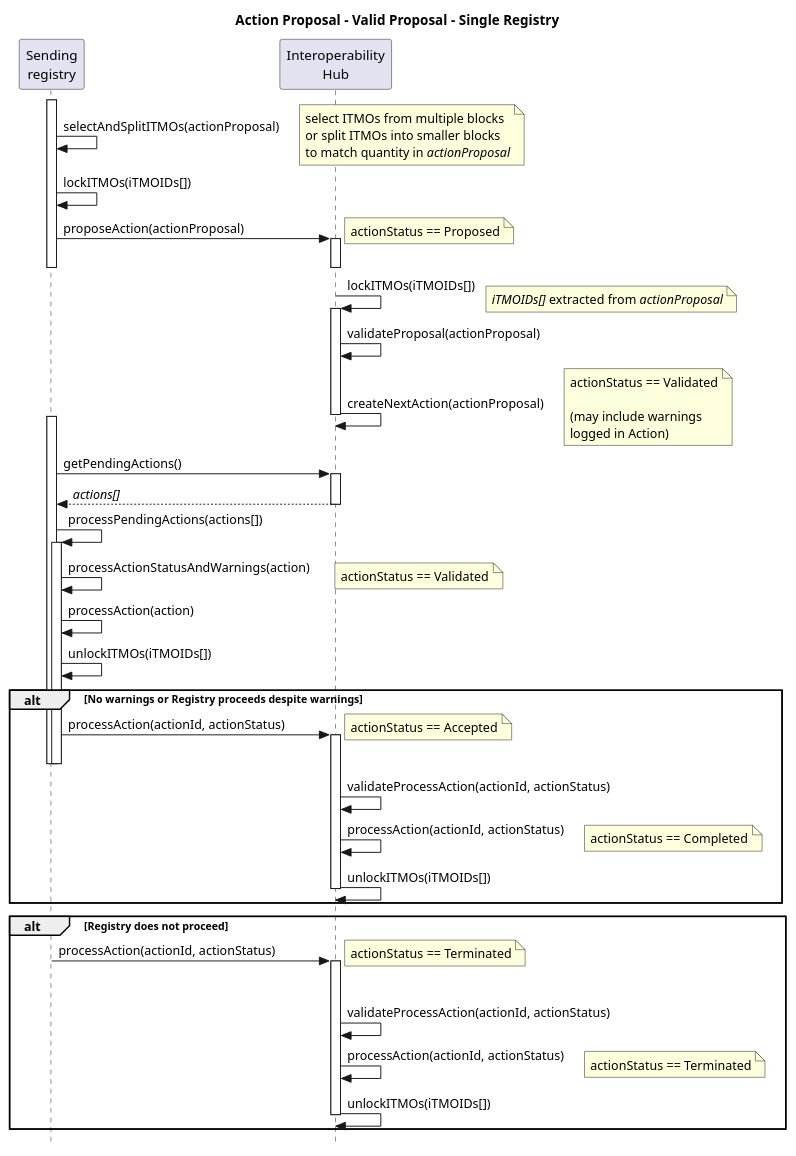
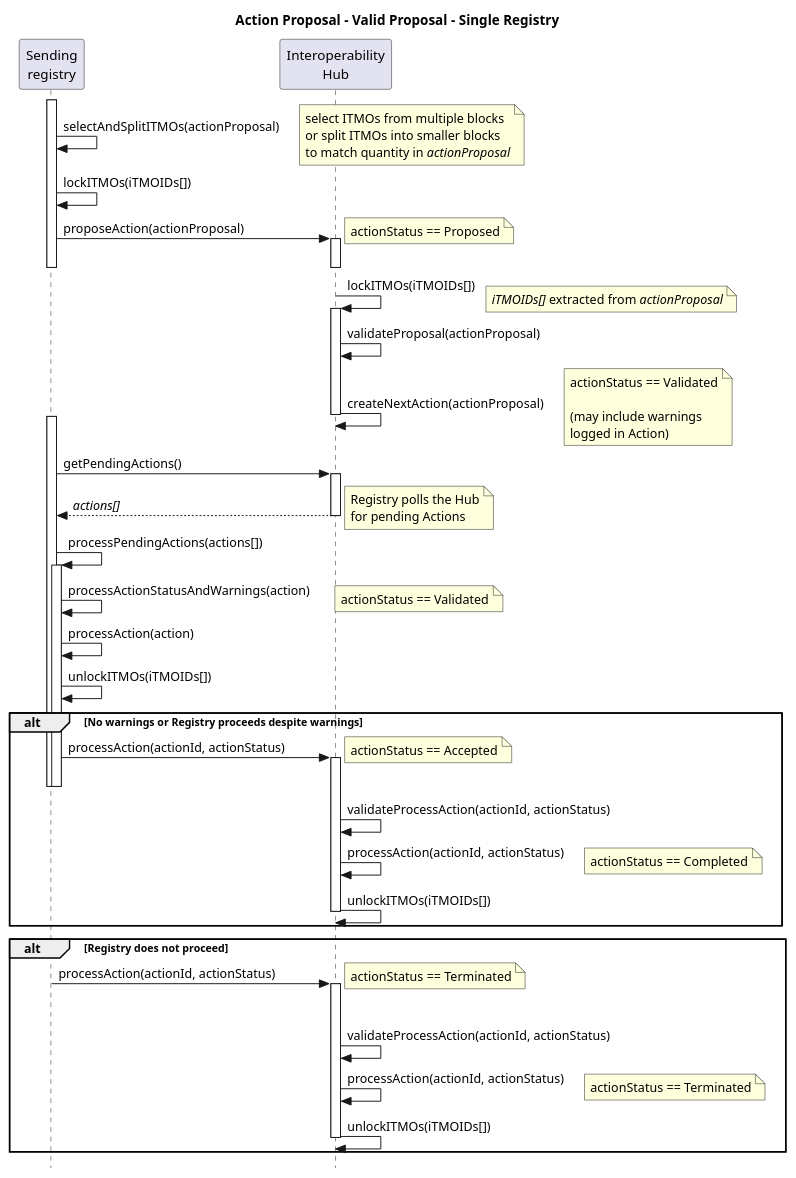
The diagram in diagrams/actionProposal_Valid_SingleReg_Sequence.puml (frankcnng/CARP), drawn with PlantUML before and after one commit.

```diff
--- a/diagrams/actionProposal_Valid_SingleReg_Sequence.puml
+++ b/diagrams/actionProposal_Valid_SingleReg_Sequence.puml
@@ -1,66 +1,67 @@
 @startuml actionProposal_Valid_SingleReg_Sequence
 
 title Action Proposal - Valid Proposal - Single Registry
 
 skinparam style strictuml
 
 participant "Sending\nregistry" as Sender
 participant "Interoperability\nHub" as Hub
 
 activate Sender
 Sender -> Sender: selectAndSplitITMOs(actionProposal)
 note right: select ITMOs from multiple blocks\nor split ITMOs into smaller blocks\nto match quantity in //actionProposal//
 
 Sender -> Sender: lockITMOs(iTMOIDs[])
 Sender -> Hub++ : proposeAction(actionProposal)
 note right: actionStatus == Proposed
 deactivate Hub
 deactivate Sender
 
 Hub -> Hub++: lockITMOs(iTMOIDs[])
 note right: //iTMOIDs[]// extracted from //actionProposal//
 
 Hub -> Hub: validateProposal(actionProposal)
 Hub -> Hub--: createNextAction(actionProposal)
 note right: actionStatus == Validated\n\n(may include warnings\nlogged in Action)
 
 activate Sender
 Sender -> Hub++ : getPendingActions()
 Sender <-- Hub--: //actions[]//
+note right: Registry polls the Hub\nfor pending Actions
 
 Sender -> Sender: processPendingActions(actions[])
 activate Sender
 Sender -> Sender: processActionStatusAndWarnings(action)
 note right: actionStatus == Validated
 Sender -> Sender: processAction(action)
 Sender -> Sender: unlockITMOs(iTMOIDs[])
 
 alt No warnings or Registry proceeds despite warnings
 
   Sender -> Hub++: processAction(actionId, actionStatus)
   note right: actionStatus == Accepted
   deactivate Sender
   deactivate Sender
   Hub -> Hub: validateProcessAction(actionId, actionStatus)
   Hub -> Hub: processAction(actionId, actionStatus)
   note right: actionStatus == Completed
   Hub -> Hub--: unlockITMOs(iTMOIDs[])
 
 end
 
 alt Registry does not proceed
 
   activate Sender
   activate Sender
   Sender -> Hub++: processAction(actionId, actionStatus)
   note right: actionStatus == Terminated
   deactivate Sender
   deactivate Sender
   Hub -> Hub: validateProcessAction(actionId, actionStatus)
   Hub -> Hub: processAction(actionId, actionStatus)
   note right: actionStatus == Terminated
   Hub -> Hub--: unlockITMOs(iTMOIDs[])
 
 end
 
 @enduml
```
